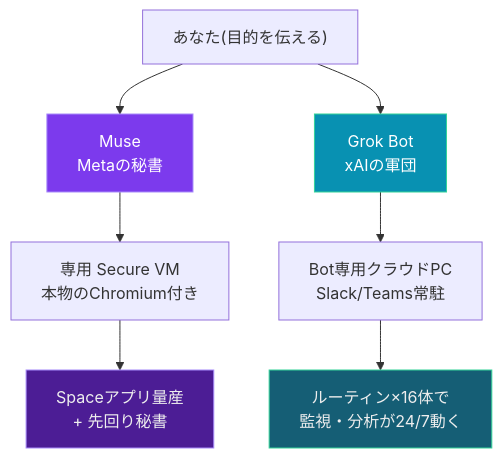
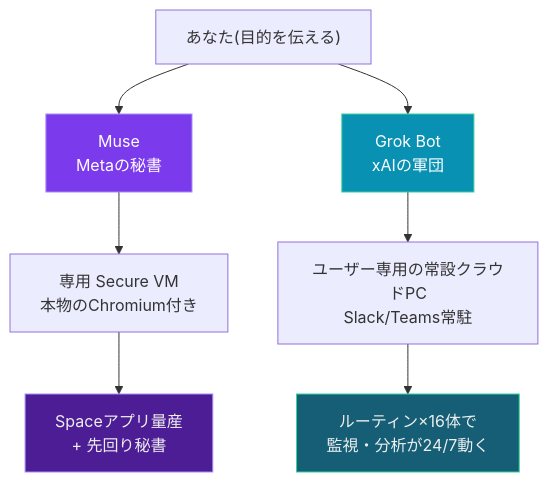
One commit to mori-tt/muse-grokbot changed the first of 6 diagrams in zenn-article.md. Above: the diagram before and after it, drawn with Mermaid. The commit also changed other lines of this file and 2 other files, not shown here.

````diff
--- a/zenn-article.md
+++ b/zenn-article.md
@@ -28,14 +28,14 @@
 ```mermaid
 flowchart TD
     You["あなた(目的を伝える)"]
     You --> M["Muse<br>Metaの秘書"]
     You --> G["Grok Bot<br>xAIの軍団"]
     M --> MV["専用 Secure VM<br>本物のChromium付き"]
-    G --> GC["Bot専用クラウドPC<br>Slack/Teams常駐"]
+    G --> GC["ユーザー専用の常設クラウドPC<br>Slack/Teams常駐"]
     MV --> MO["Spaceアプリ量産<br>+ 先回り秘書"]
     GC --> GO["ルーティン×16体で<br>監視・分析が24/7動く"]
     style M fill:#7c3aed,stroke:#a78bfa,color:#fff
     style MO fill:#4c1d95,stroke:#a78bfa,color:#eee
     style G fill:#0891b2,stroke:#34d399,color:#fff
     style GO fill:#155e75,stroke:#34d399,color:#eee
 ```
````
